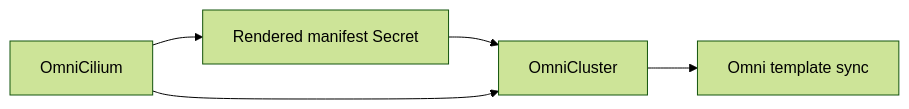
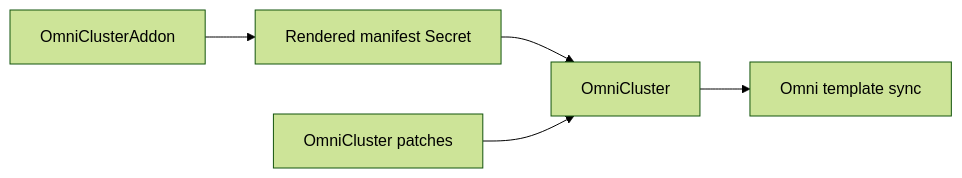
Before and after one commit to texas-hpc/omni-cluster-operator: the diagram in docs/getting-started/install-cilium.md, drawn with Mermaid (forest theme). The commit also changed other lines of this file and 52 other files, not shown here.

Commit message:
Add generic OmniCluster addon support

````diff
--- a/docs/getting-started/install-cilium.md
+++ b/docs/getting-started/install-cilium.md
@@ -13,7 +9,7 @@
 ```mermaid
 flowchart LR
-  Cilium["OmniCilium"] --> Secret["Rendered manifest Secret"]
+  Addon["OmniClusterAddon"] --> Secret["Rendered manifest Secret"]
   Secret --> Cluster["OmniCluster"]
-  Cilium --> Cluster
+  Patches["OmniCluster patches"] --> Cluster
   Cluster --> Omni["Omni template sync"]
 ```
````
